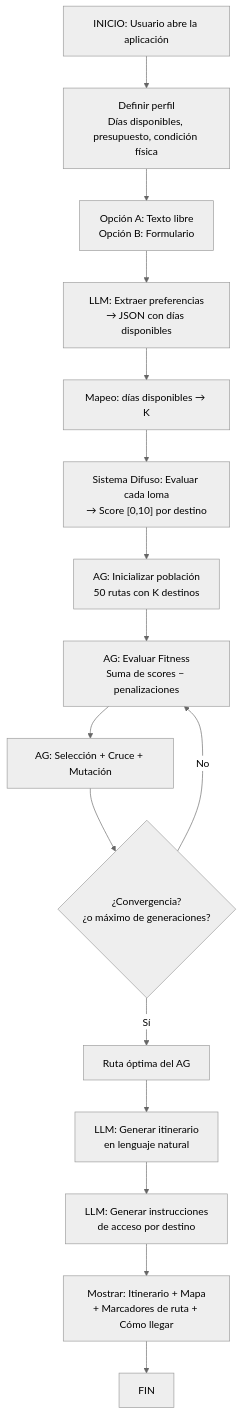
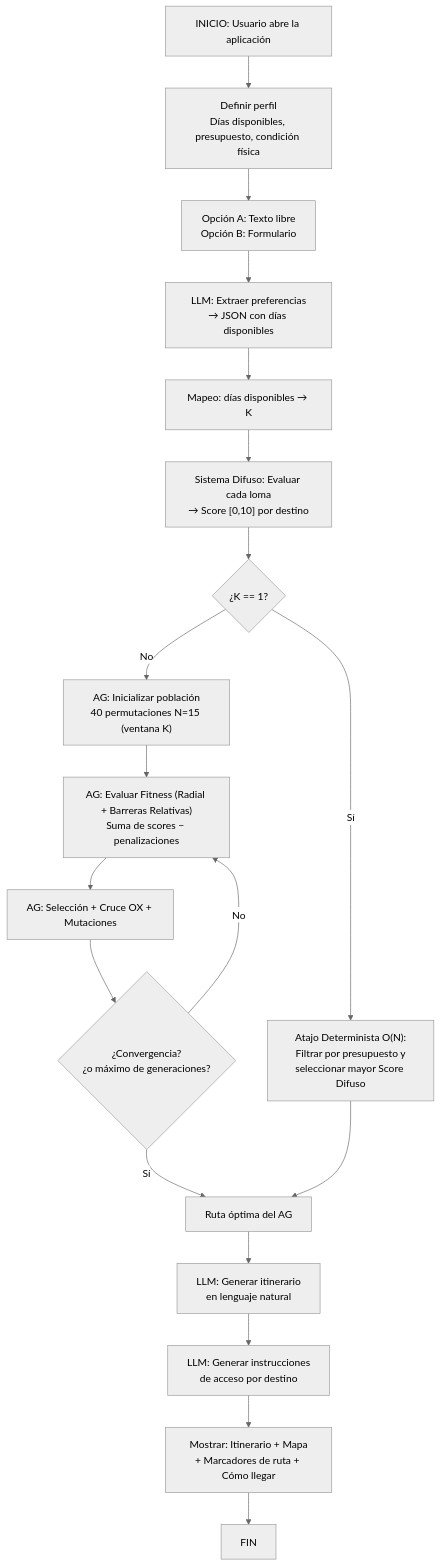
Before and after one commit to angel4luu/si-project-unmsm: the third of 8 diagrams in README.md, drawn with Mermaid (neutral theme). The commit also changed other lines of this file, not shown here.

````diff
--- a/README.md
+++ b/README.md
@@ -157,18 +157,21 @@
 ```mermaid
 flowchart TD
     A["INICIO: Usuario abre la aplicación"] --> B["Definir perfil<br/>Días disponibles, presupuesto, condición física"]
     B --> C["Opción A: Texto libre<br/>Opción B: Formulario"]
     C --> D["LLM: Extraer preferencias<br/>→ JSON con días disponibles"]
     D --> E["Mapeo: días disponibles → K"]
     E --> F["Sistema Difuso: Evaluar cada loma<br/>→ Score [0,10] por destino"]
-    F --> G["AG: Inicializar población<br/>50 rutas con K destinos"]
-    G --> H["AG: Evaluar Fitness<br/>Suma de scores − penalizaciones"]
-    H --> I["AG: Selección + Cruce + Mutación"]
+    F --> K_CHECK{"¿K == 1?"}
+    K_CHECK -->|Sí| SHORTCUT["Atajo Determinista O(N):<br/>Filtrar por presupuesto y<br/>seleccionar mayor Score Difuso"]
+    K_CHECK -->|No| G["AG: Inicializar población<br/>40 permutaciones N=15 (ventana K)"]
+    G --> H["AG: Evaluar Fitness (Radial + Barreras Relativas)<br/>Suma de scores − penalizaciones"]
+    H --> I["AG: Selección + Cruce OX + Mutaciones"]
     I --> J{"¿Convergencia?<br/>¿o máximo de generaciones?"}
     J -->|No| H
     J -->|Sí| K["Ruta óptima del AG"]
+    SHORTCUT --> K
     K --> L["LLM: Generar itinerario<br/>en lenguaje natural"]
     L --> M["LLM: Generar instrucciones<br/>de acceso por destino"]
     M --> N["Mostrar: Itinerario + Mapa<br/>+ Marcadores de ruta + Cómo llegar"]
     N --> O["FIN"]
 ```
````
